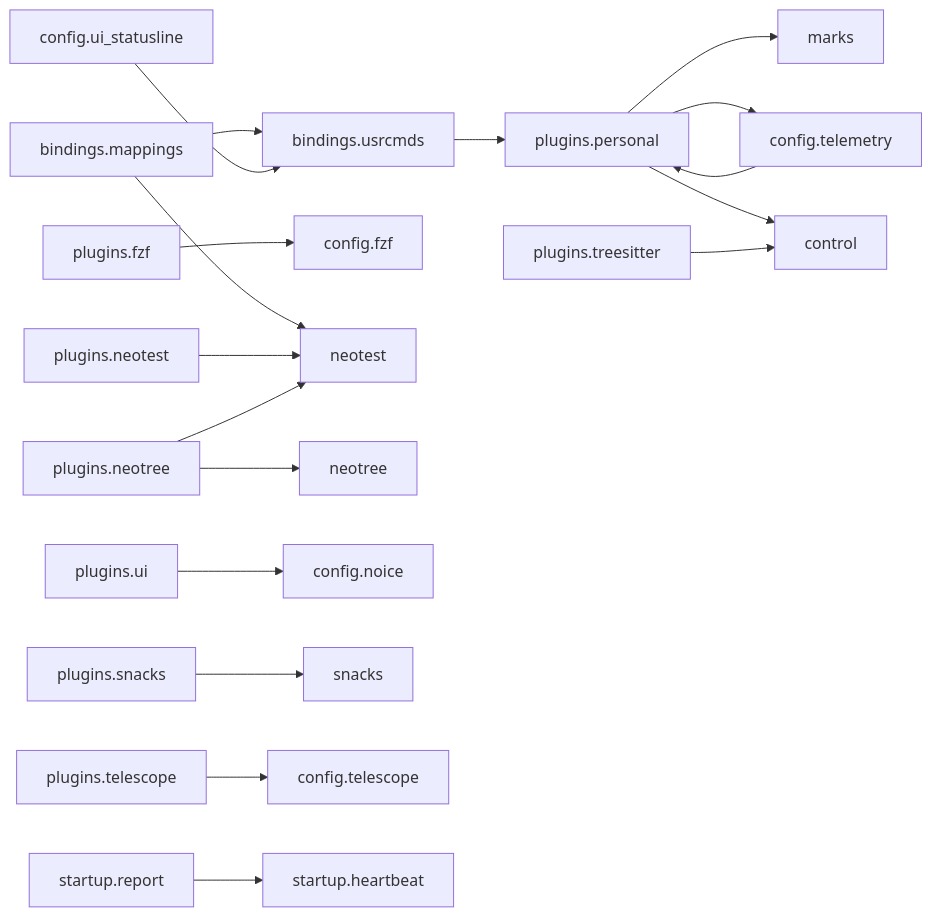
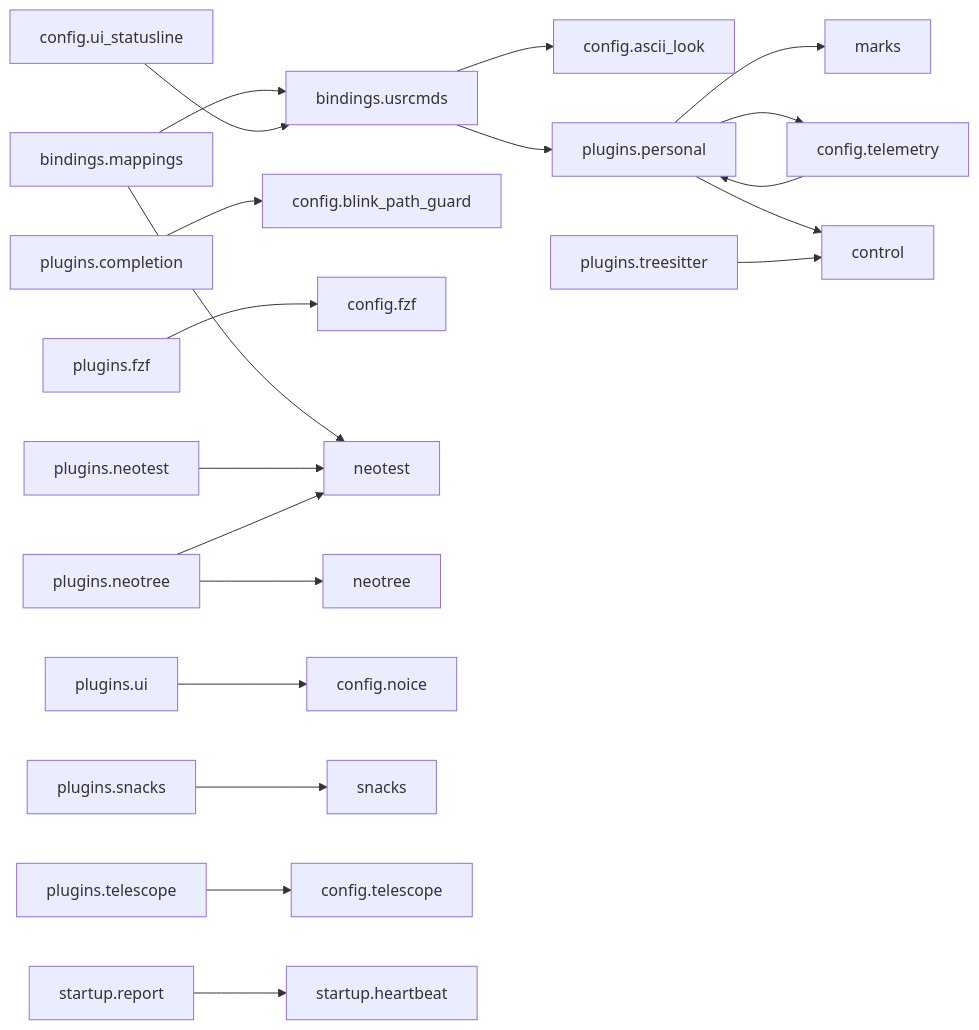
One commit to WKDSteve/nvim changed the second of 2 diagrams in docs/map/overview.md. Above: the diagram before and after it, drawn with Mermaid. The commit also changed other lines of this file and 3 other files, not shown here.

````diff
--- a/docs/map/overview.md
+++ b/docs/map/overview.md
@@ -66,42 +68,47 @@
 ```mermaid
 flowchart LR
   nlua_bindings_mappings["bindings.mappings"]
   nlua_bindings_usrcmds["bindings.usrcmds"]
+  nlua_config_ascii_look_lua["config.ascii_look"]
+  nlua_config_blink_path_guard_lua["config.blink_path_guard"]
   nlua_config_fzf["config.fzf"]
   nlua_config_marks["marks"]
   nlua_config_neotest["neotest"]
   nlua_config_neotree["neotree"]
   nlua_config_noice["config.noice"]
   nlua_config_snacks["snacks"]
   nlua_config_telemetry_lua["config.telemetry"]
   nlua_config_telescope["config.telescope"]
   nlua_config_ui_statusline["config.ui_statusline"]
+  nlua_plugins_completion_lua["plugins.completion"]
   nlua_plugins_control["control"]
   nlua_plugins_fzf_lua["plugins.fzf"]
   nlua_plugins_neotest_lua["plugins.neotest"]
   nlua_plugins_neotree_lua["plugins.neotree"]
   nlua_plugins_personal["plugins.personal"]
   nlua_plugins_snacks_lua["plugins.snacks"]
   nlua_plugins_telescope_lua["plugins.telescope"]
   nlua_plugins_treesitter_lua["plugins.treesitter"]
   nlua_plugins_ui_lua["plugins.ui"]
   nlua_startup_heartbeat_lua["startup.heartbeat"]
   nlua_startup_report_lua["startup.report"]
   nlua_bindings_mappings --> nlua_bindings_usrcmds
   nlua_bindings_mappings --> nlua_config_neotest
+  nlua_bindings_usrcmds --> nlua_config_ascii_look_lua
   nlua_bindings_usrcmds --> nlua_plugins_personal
   nlua_config_telemetry_lua --> nlua_plugins_personal
   nlua_config_ui_statusline --> nlua_bindings_usrcmds
+  nlua_plugins_completion_lua --> nlua_config_blink_path_guard_lua
   nlua_plugins_fzf_lua --> nlua_config_fzf
   nlua_plugins_neotest_lua --> nlua_config_neotest
   nlua_plugins_neotree_lua --> nlua_config_neotest
   nlua_plugins_neotree_lua --> nlua_config_neotree
   nlua_plugins_personal --> nlua_config_marks
   nlua_plugins_personal --> nlua_config_telemetry_lua
   nlua_plugins_personal --> nlua_plugins_control
   nlua_plugins_snacks_lua --> nlua_config_snacks
   nlua_plugins_telescope_lua --> nlua_config_telescope
   nlua_plugins_treesitter_lua --> nlua_plugins_control
   nlua_plugins_ui_lua --> nlua_config_noice
   nlua_startup_report_lua --> nlua_startup_heartbeat_lua
 ```
````
